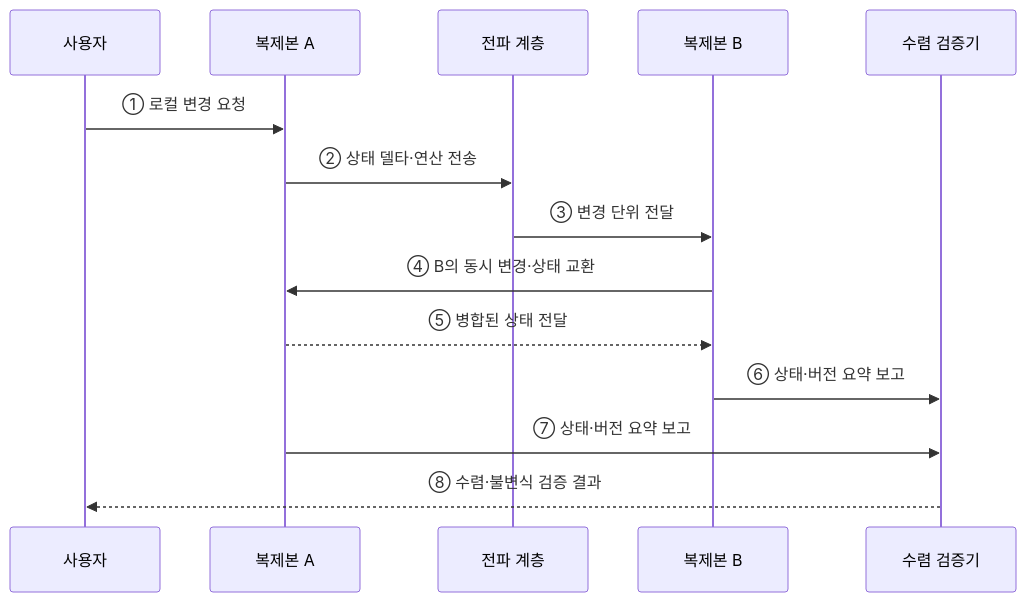
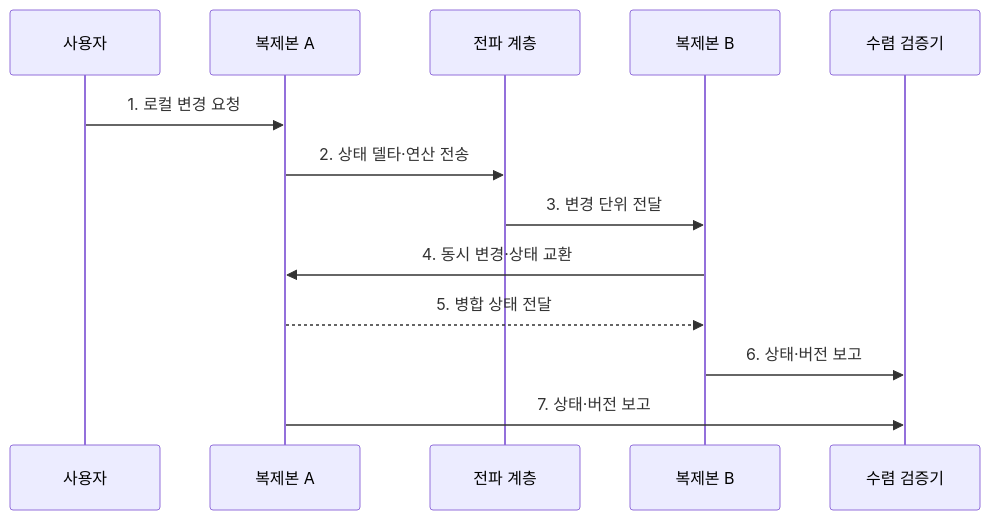
One commit to agnusdei1207/knowledge-base changed the second of 2 diagrams in src/content/docs/notes/03-software/105_crdt.md. Above: the diagram before and after it, drawn with Mermaid. The commit also changed other lines of this file and 20 other files, not shown here.

````diff
--- a/src/content/docs/notes/03-software/105_crdt.md
+++ b/src/content/docs/notes/03-software/105_crdt.md
@@ -74,16 +79,15 @@
 ```mermaid
 sequenceDiagram
     participant U as 사용자
     participant A as 복제본 A
     participant X as 전파 계층
     participant B as 복제본 B
     participant V as 수렴 검증기
-    U->>A: ① 로컬 변경 요청
-    A->>X: ② 상태 델타·연산 전송
-    X->>B: ③ 변경 단위 전달
-    B->>A: ④ B의 동시 변경·상태 교환
-    A-->>B: ⑤ 병합된 상태 전달
-    B->>V: ⑥ 상태·버전 요약 보고
-    A->>V: ⑦ 상태·버전 요약 보고
-    V-->>U: ⑧ 수렴·불변식 검증 결과
+    U->>A: 1. 로컬 변경 요청
+    A->>X: 2. 상태 델타·연산 전송
+    X->>B: 3. 변경 단위 전달
+    B->>A: 4. 동시 변경·상태 교환
+    A-->>B: 5. 병합 상태 전달
+    B->>V: 6. 상태·버전 보고
+    A->>V: 7. 상태·버전 보고
 ```
````
